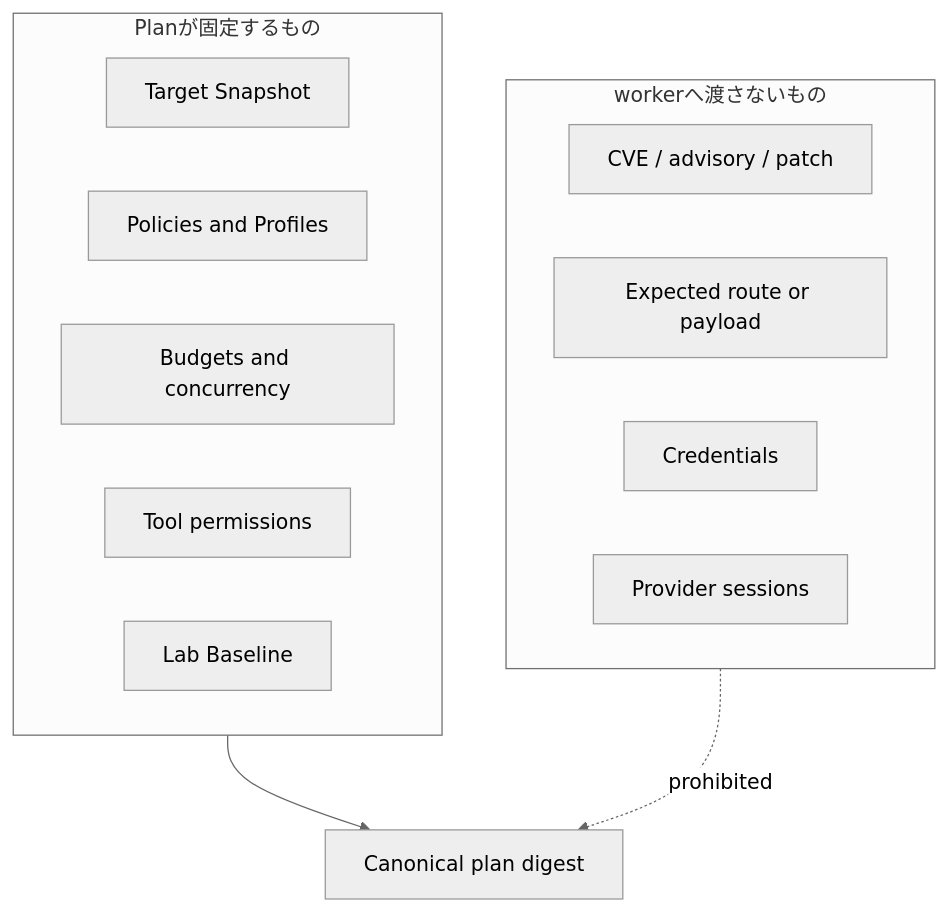
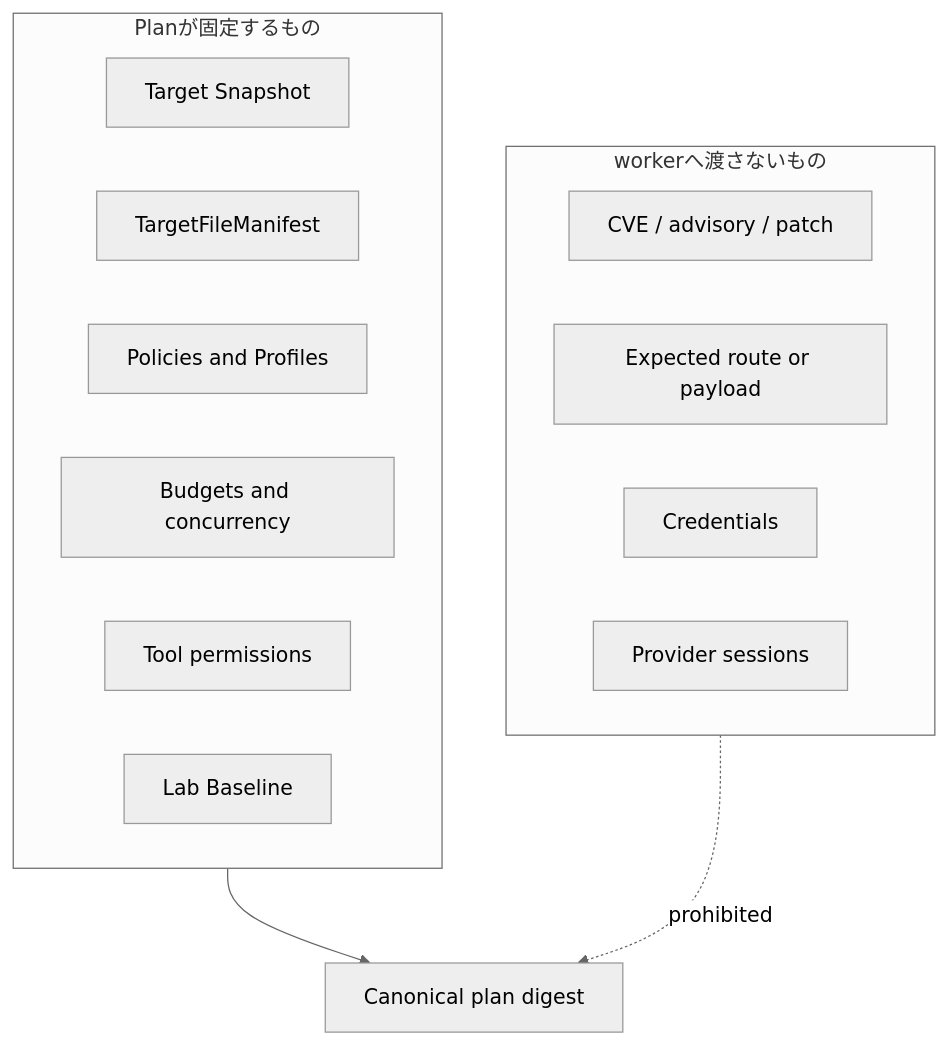
Before and after one commit to momoponwork1415-lgtm/wordpress-harness: the second of 4 diagrams in docs/design/campaign-execution-seam.md, drawn with Mermaid (neutral theme). The commit also changed other lines of this file and 100 other files, not shown here.

````diff
--- a/docs/design/campaign-execution-seam.md
+++ b/docs/design/campaign-execution-seam.md
@@ -45,20 +56,21 @@
 ```mermaid
 flowchart TB
     subgraph allowed["Planが固定するもの"]
         target["Target Snapshot"]
+        manifest["TargetFileManifest"]
         policies["Policies and Profiles"]
         budgets["Budgets and concurrency"]
         tools["Tool permissions"]
         baseline["Lab Baseline"]
     end
 
     subgraph excluded["workerへ渡さないもの"]
         oracle["CVE / advisory / patch"]
         expected["Expected route or payload"]
         secrets["Credentials"]
         sessions["Provider sessions"]
     end
 
     allowed --> digest["Canonical plan digest"]
     excluded -. "prohibited" .-> digest
 ```
````
